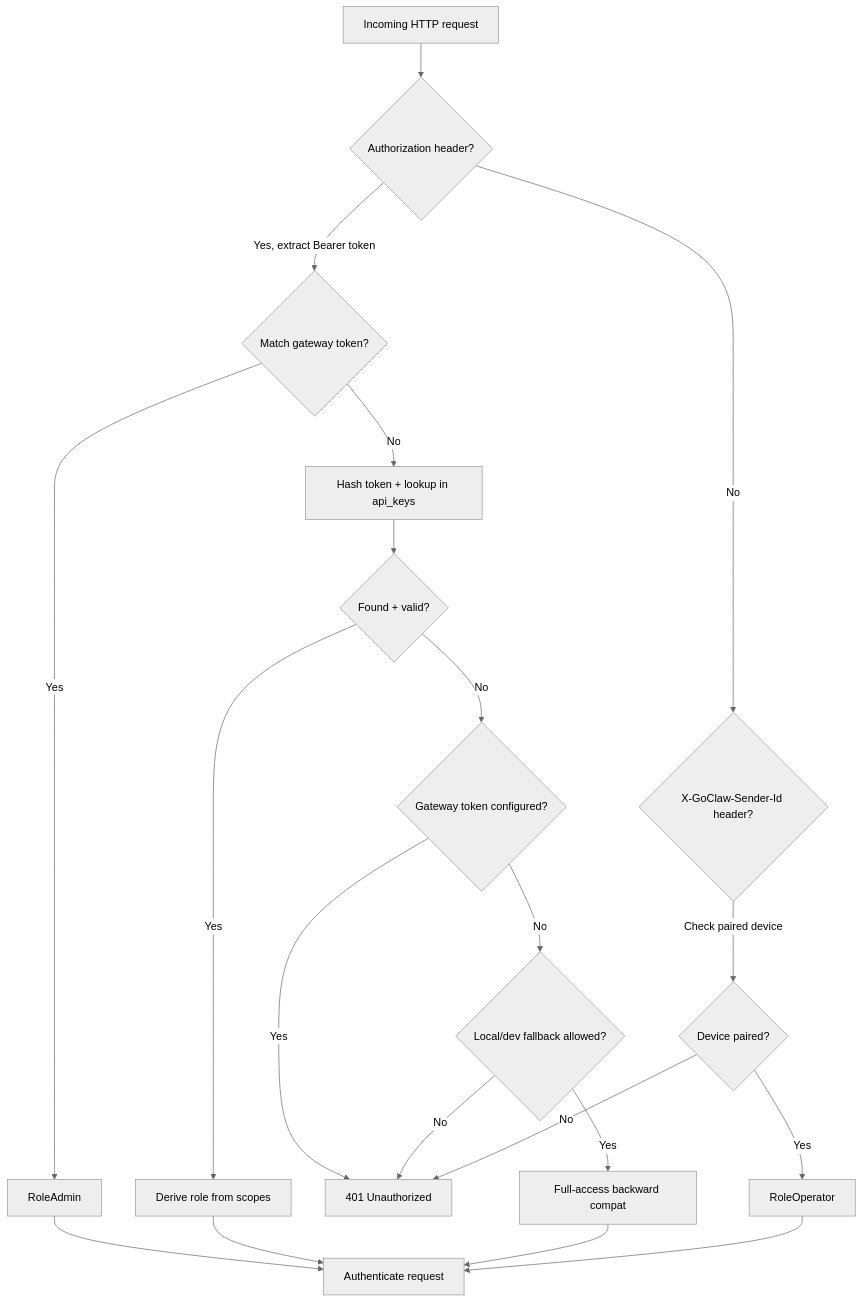
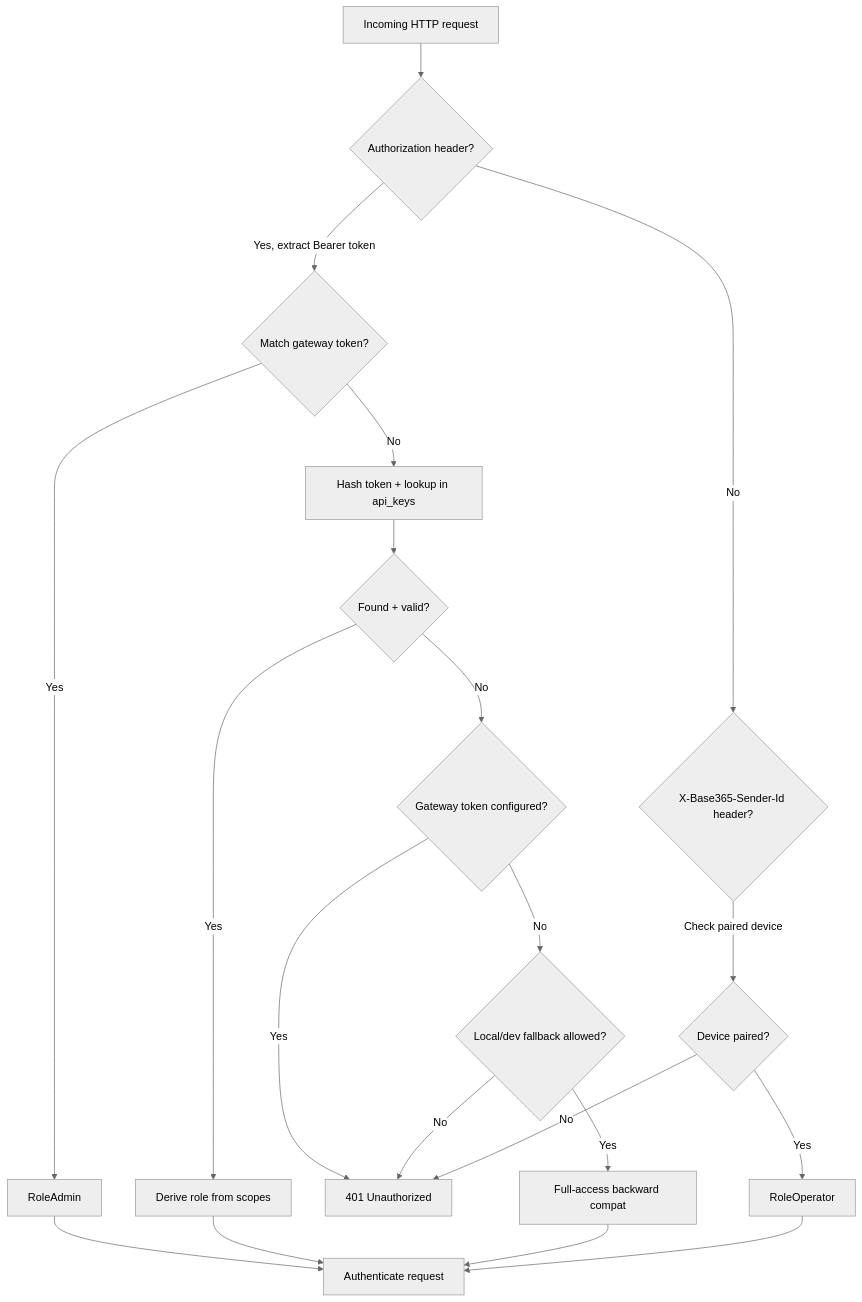
The diagram in docs/20-api-keys-auth.md (edyoCampos/base365), drawn with Mermaid (neutral theme) before and after one commit. The commit also changed other lines of this file and 2108 other files, not shown here.

Commit message:
refactor: rebrand GoClaw -> Base365 (conteudo e caminhos)

````diff
--- a/docs/20-api-keys-auth.md
+++ b/docs/20-api-keys-auth.md
@@ -117,22 +117,22 @@
 ```mermaid
 flowchart TD
     A[Incoming HTTP request] --> B{Authorization header?}
-    B -->|No| C{X-GoClaw-Sender-Id header?}
+    B -->|No| C{X-Base365-Sender-Id header?}
     B -->|Yes, extract Bearer token| D{Match gateway token?}
     D -->|Yes| E[RoleAdmin]
     D -->|No| F[Hash token + lookup in api_keys]
     F --> G{Found + valid?}
     G -->|Yes| H[Derive role from scopes]
     G -->|No| I{Gateway token configured?}
     I -->|Yes| J[401 Unauthorized]
     I -->|No| K{Local/dev fallback allowed?}
     K -->|No| J
     K -->|Yes| O[Full-access backward compat]
     C -->|Check paired device| L{Device paired?}
     L -->|Yes| M[RoleOperator]
     L -->|No| J
     E --> N[Authenticate request]
     H --> N
     O --> N
     M --> N
 ```
````
